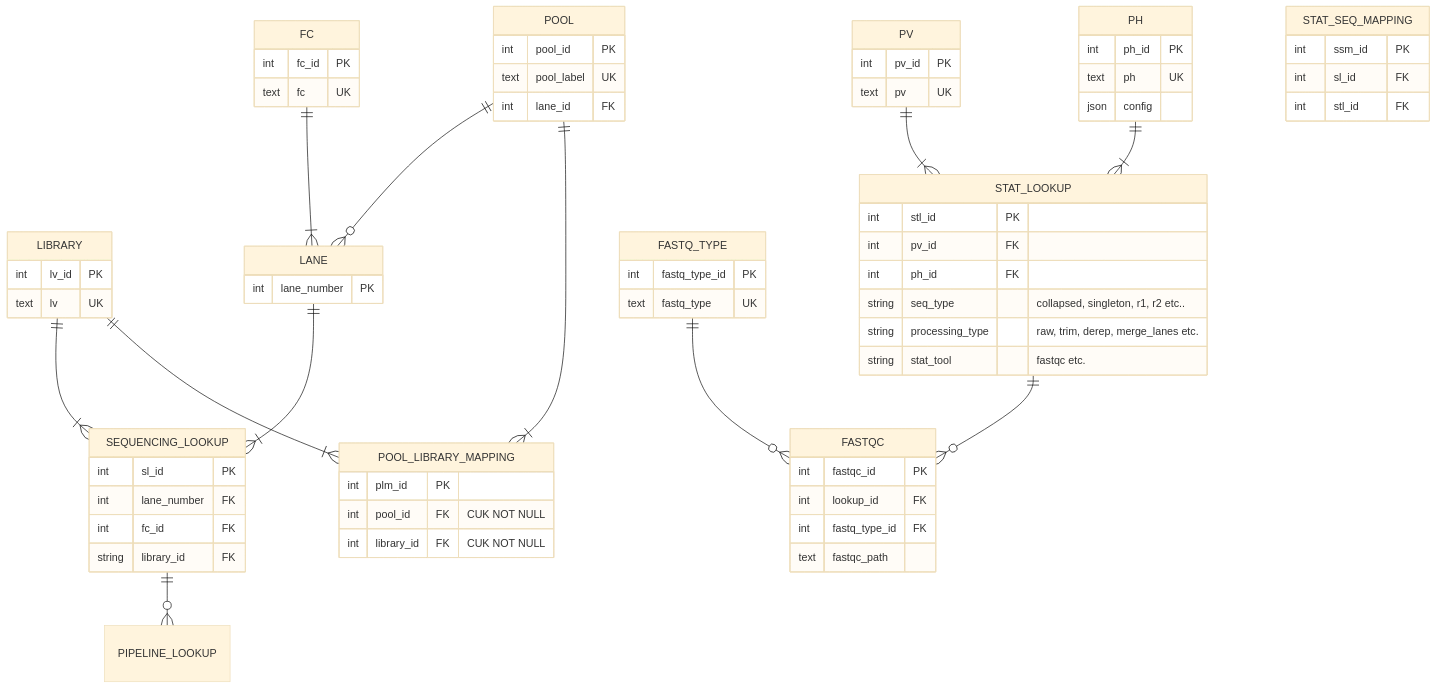
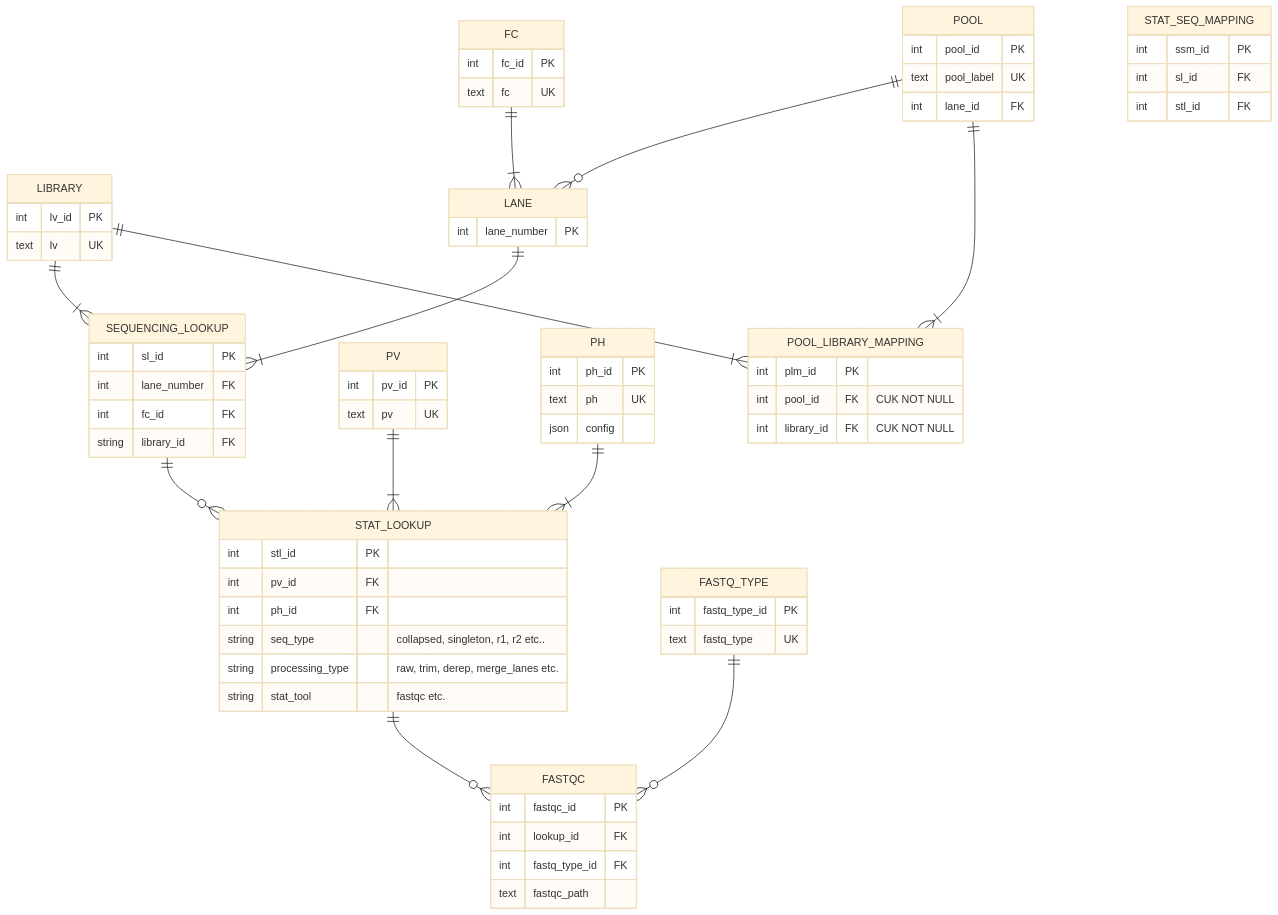
The diagram in diagrams/main diagrams/partly normalized.md (GeoGenetics/qc-parser), drawn with Mermaid (base theme) before and after one commit.

Commit message:
Update relationships in partly normalized diagram

```diff
--- a/diagrams/main diagrams/partly normalized.md
+++ b/diagrams/main diagrams/partly normalized.md
@@ -13,7 +13,7 @@
     STAT_LOOKUP ||--o{ FASTQC : ""
     FASTQ_TYPE ||--o{ FASTQC : ""
 
-    SEQUENCING_LOOKUP ||--o{ PIPELINE_LOOKUP : ""
+    SEQUENCING_LOOKUP ||--o{ STAT_LOOKUP : ""
 
     
     LIBRARY {
```
